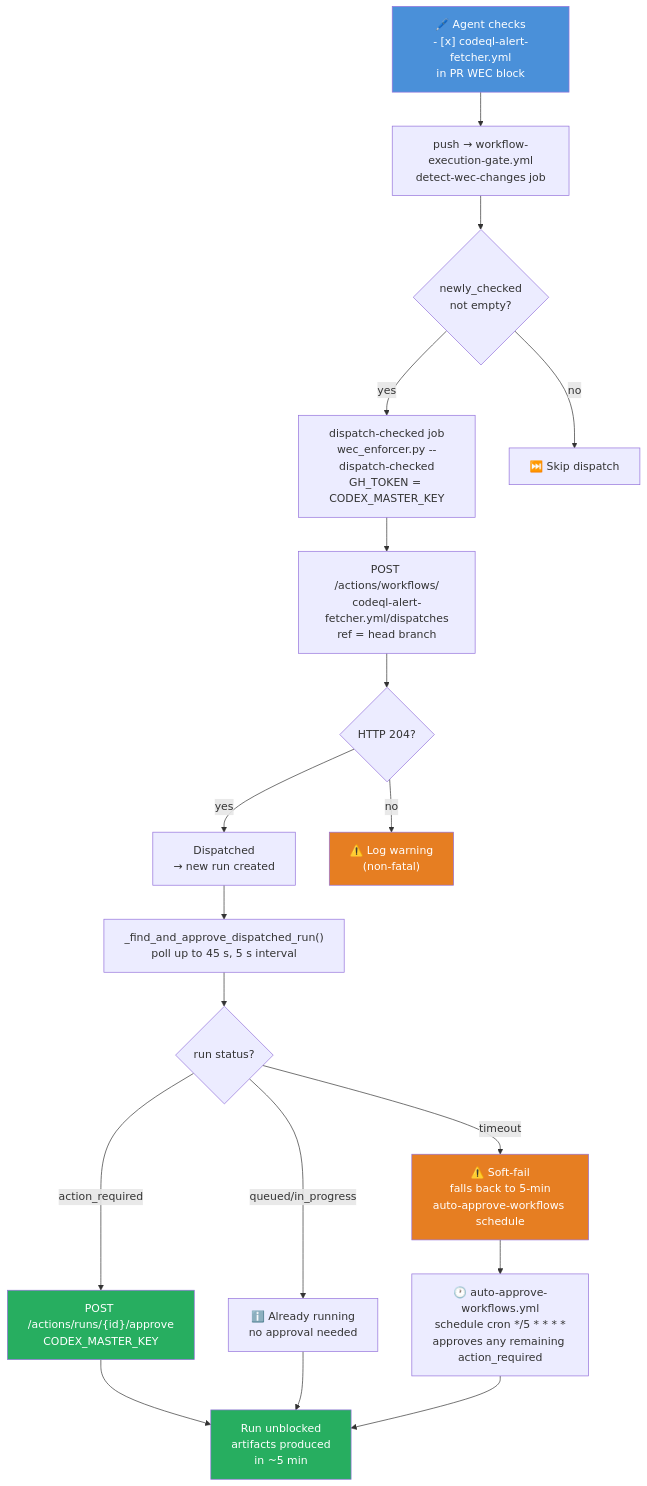
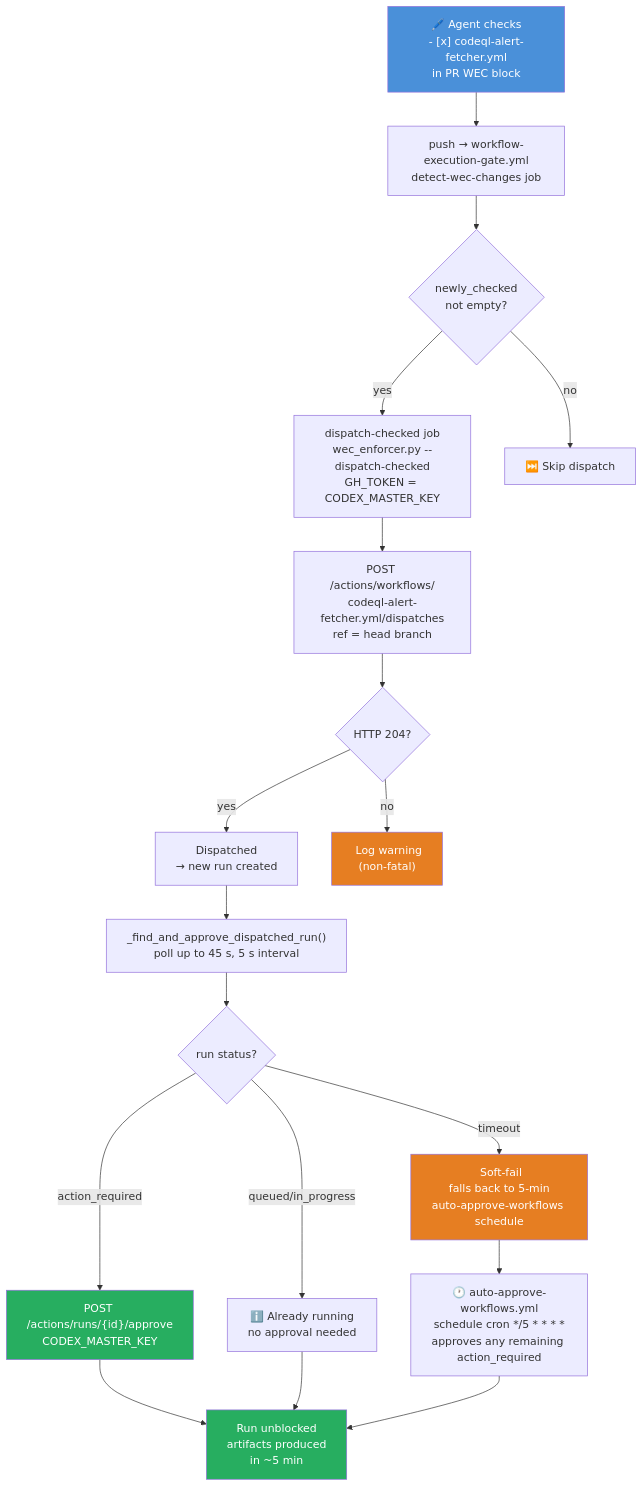
The third of 9 diagrams in docs/roadmap/PR4346_whats_next.md (Aries-Serpent/_codex_), drawn with Mermaid before and after one commit. The commit also changed other lines of this file and 1989 other files, not shown here.

````diff
--- a/docs/roadmap/PR4346_whats_next.md
+++ b/docs/roadmap/PR4346_whats_next.md
@@ -352,30 +352,30 @@
 ```mermaid
 %%{init: {'accessibility': {'title': 'Flowchart showing "🖊️ Agent checks\n- [x, "push → workflow-execution-gate.yml\ndetect-wec-changes job"'}}%%
 flowchart TD
     A["🖊️ Agent checks\n- [x] codeql-alert-fetcher.yml\nin PR WEC block"] --> B["push → workflow-execution-gate.yml\ndetect-wec-changes job"]
     B --> C{newly_checked\nnot empty?}
     C -- yes --> D["dispatch-checked job\nwec_enforcer.py --dispatch-checked\nGH_TOKEN = CODEX_MASTER_KEY"]
     C -- no --> Z["⏭️ Skip dispatch"]
 
     D --> E["POST /actions/workflows/\ncodeql-alert-fetcher.yml/dispatches\nref = head branch"]
     E --> F{HTTP 204?}
     F -- yes --> G[" Dispatched\n→ new run created"]
-    F -- no --> H["⚠️ Log warning\n(non-fatal)"]
+    F -- no --> H["️ Log warning\n(non-fatal)"]
 
     G --> I["_find_and_approve_dispatched_run()\npoll up to 45 s, 5 s interval"]
     I --> J{run status?}
     J -- action_required --> K["POST /actions/runs/{id}/approve\nCODEX_MASTER_KEY"]
     J -- queued/in_progress --> L["ℹ️ Already running\nno approval needed"]
-    J -- timeout --> M["⚠️ Soft-fail\nfalls back to 5-min\nauto-approve-workflows schedule"]
+    J -- timeout --> M["️ Soft-fail\nfalls back to 5-min\nauto-approve-workflows schedule"]
 
     K --> N[" Run unblocked\nartifacts produced\nin ~5 min"]
     L --> N
     M --> O["🕐 auto-approve-workflows.yml\nschedule cron */5 * * * *\napproves any remaining action_required"]
     O --> N
 
     style A fill:#4a90d9,color:#fff
     style N fill:#27ae60,color:#fff
     style K fill:#27ae60,color:#fff
     style H fill:#e67e22,color:#fff
     style M fill:#e67e22,color:#fff
 ```
````
